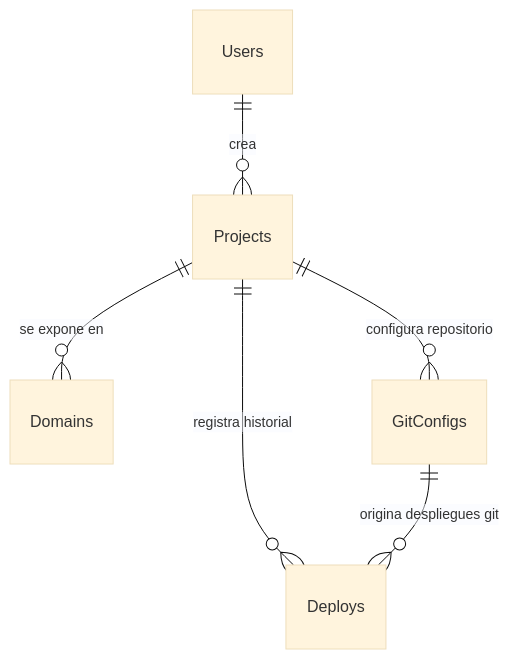
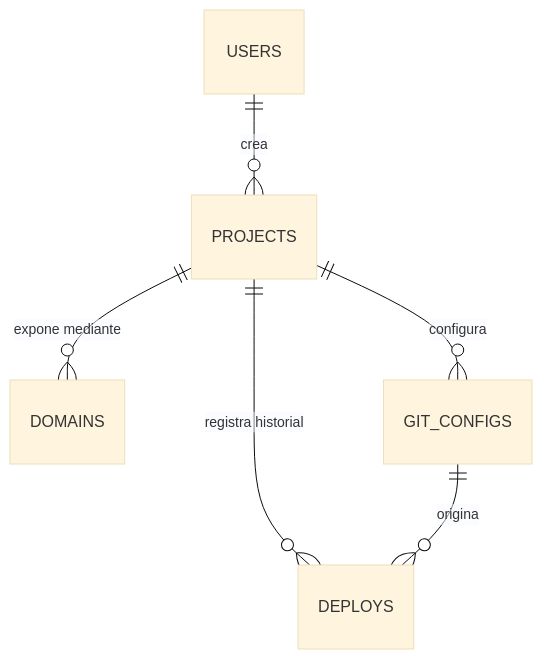
The second of 2 diagrams in README.md (kevinPoncema/SkyManifest), drawn with Mermaid (base theme) before and after one commit. The commit also changed other lines of this file, not shown here.

````diff
--- a/README.md
+++ b/README.md
@@ -84,9 +242,8 @@
 ```mermaid
 erDiagram
-    Users ||--o{ Projects : "crea"
-    Projects ||--o{ Deploys : "registra historial"
-    Projects ||--o{ Domains : "se expone en"
-    Projects ||--o{ GitConfigs : "configura repositorio"
-    GitConfigs ||--o{ Deploys : "origina despliegues git"
-
+    USERS ||--o{ PROJECTS : "crea"
+    PROJECTS ||--o{ DEPLOYS : "registra historial"
+    PROJECTS ||--o{ DOMAINS : "expone mediante"
+    PROJECTS ||--o{ GIT_CONFIGS : "configura"
+    GIT_CONFIGS ||--o{ DEPLOYS : "origina"
 ```
````
